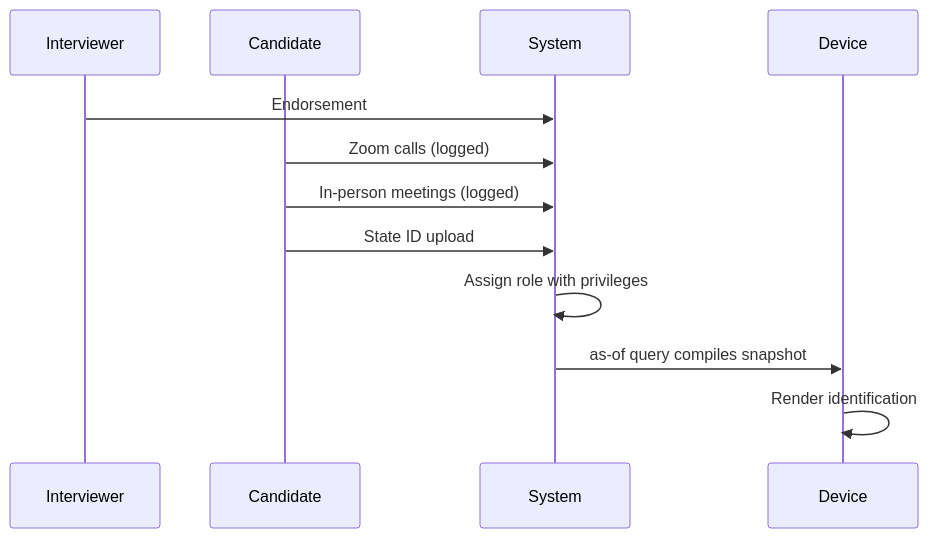
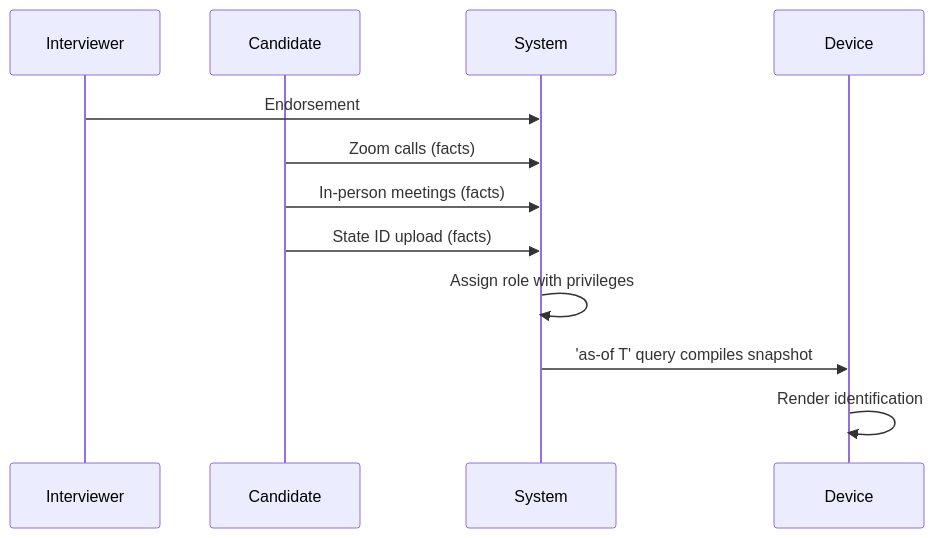
The second of 7 diagrams in conj-talk-2025.md (Synthetic-Identity-Co/conj-talk-2025), drawn with Mermaid before and after one commit. The commit also changed other lines of this file, not shown here.

````diff
--- a/conj-talk-2025.md
+++ b/conj-talk-2025.md
@@ -120,15 +131,15 @@
 ```mermaid
 sequenceDiagram
     participant I as Interviewer
     participant C as Candidate
     participant S as System
     participant D as Device
     
     I->>S: Endorsement
-    C->>S: Zoom calls (logged)
-    C->>S: In-person meetings (logged)
-    C->>S: State ID upload
+    C->>S: Zoom calls (facts)
+    C->>S: In-person meetings (facts)
+    C->>S: State ID upload (facts)
     S->>S: Assign role with privileges
-    S->>D: as-of query compiles snapshot
+    S->>D: 'as-of T' query compiles snapshot
     D->>D: Render identification
 ```
````
